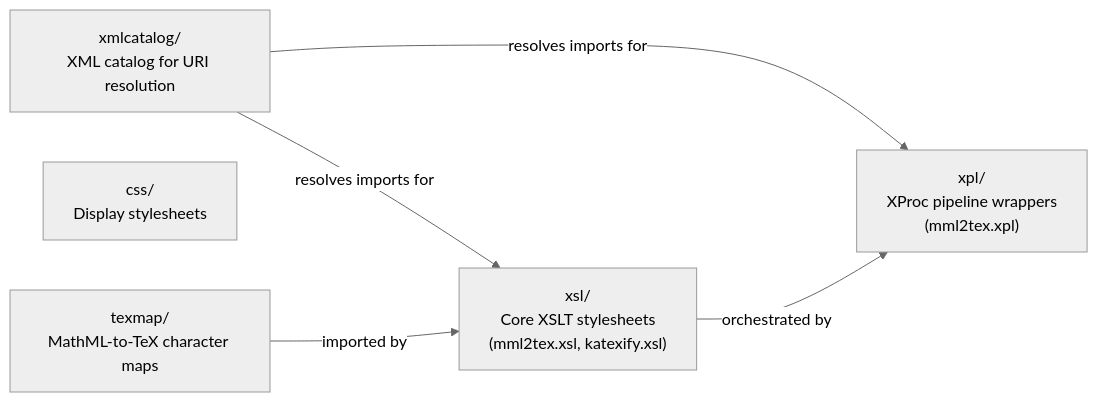
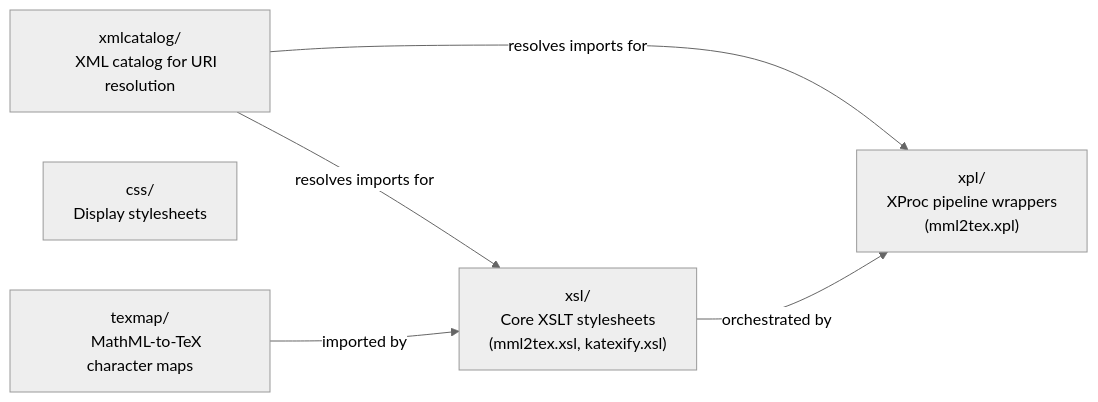
One commit to SpocWeb/mml2tex changed the diagram in README.md. Above: the diagram before and after it, drawn with Mermaid (neutral theme).

Commit message:
auto-commit

````diff
--- a/README.md
+++ b/README.md
@@ -48,13 +48,20 @@
 ```mermaid
 flowchart LR
-  xsl["xsl/\nCore XSLT stylesheets\n(mml2tex.xsl, katexify.xsl)"]
-  xpl["xpl/\nXProc pipeline wrappers\n(mml2tex.xpl)"]
-  texmap["texmap/\nMathML-to-TeX character maps"]
-  css["css/\nDisplay stylesheets"]
-  xmlcatalog["xmlcatalog/\nXML catalog for URI resolution"]
+  xsl["xsl/
+    Core XSLT stylesheets
+    (mml2tex.xsl, katexify.xsl)"]
+  xpl["xpl/
+    XProc pipeline wrappers
+    (mml2tex.xpl)"]
+  texmap["texmap/
+    MathML-to-TeX character maps"]
+  css["css/
+    Display stylesheets"]
+  xmlcatalog["xmlcatalog/
+    XML catalog for URI resolution"]
 
   xmlcatalog -->|"resolves imports for"| xsl
   xmlcatalog -->|"resolves imports for"| xpl
   texmap -->|"imported by"| xsl
   xsl -->|"orchestrated by"| xpl
 ```
````
